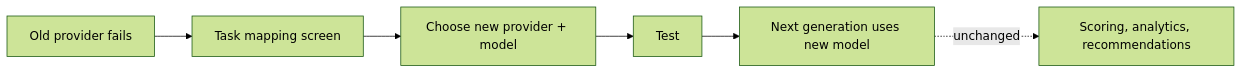
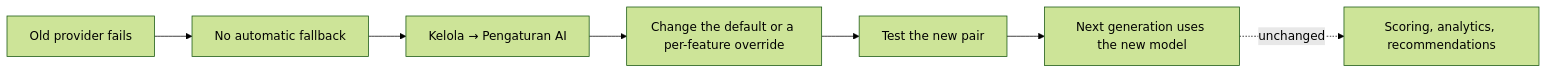
Before and after one commit to Sakbanullah/tryoutsim: the seventh of 8 diagrams in docs/product/USER_JOURNEYS.md, drawn with Mermaid (forest theme). The commit also changed other lines of this file and 74 other files, not shown here.

````diff
--- a/docs/product/USER_JOURNEYS.md
+++ b/docs/product/USER_JOURNEYS.md
@@ -141,8 +182,9 @@
 ```mermaid
 flowchart LR
-  O[Old provider fails] --> M[Task mapping screen]
-  M --> C[Choose new provider + model]
-  C --> T[Test]
-  T --> G[Next generation uses new model]
+  O[Old provider fails] --> N[No automatic fallback]
+  N --> M[Kelola → Pengaturan AI]
+  M --> C[Change the default or a per-feature override]
+  C --> T[Test the new pair]
+  T --> G[Next generation uses the new model]
   G -.->|unchanged| S[Scoring, analytics, recommendations]
 ```
````
